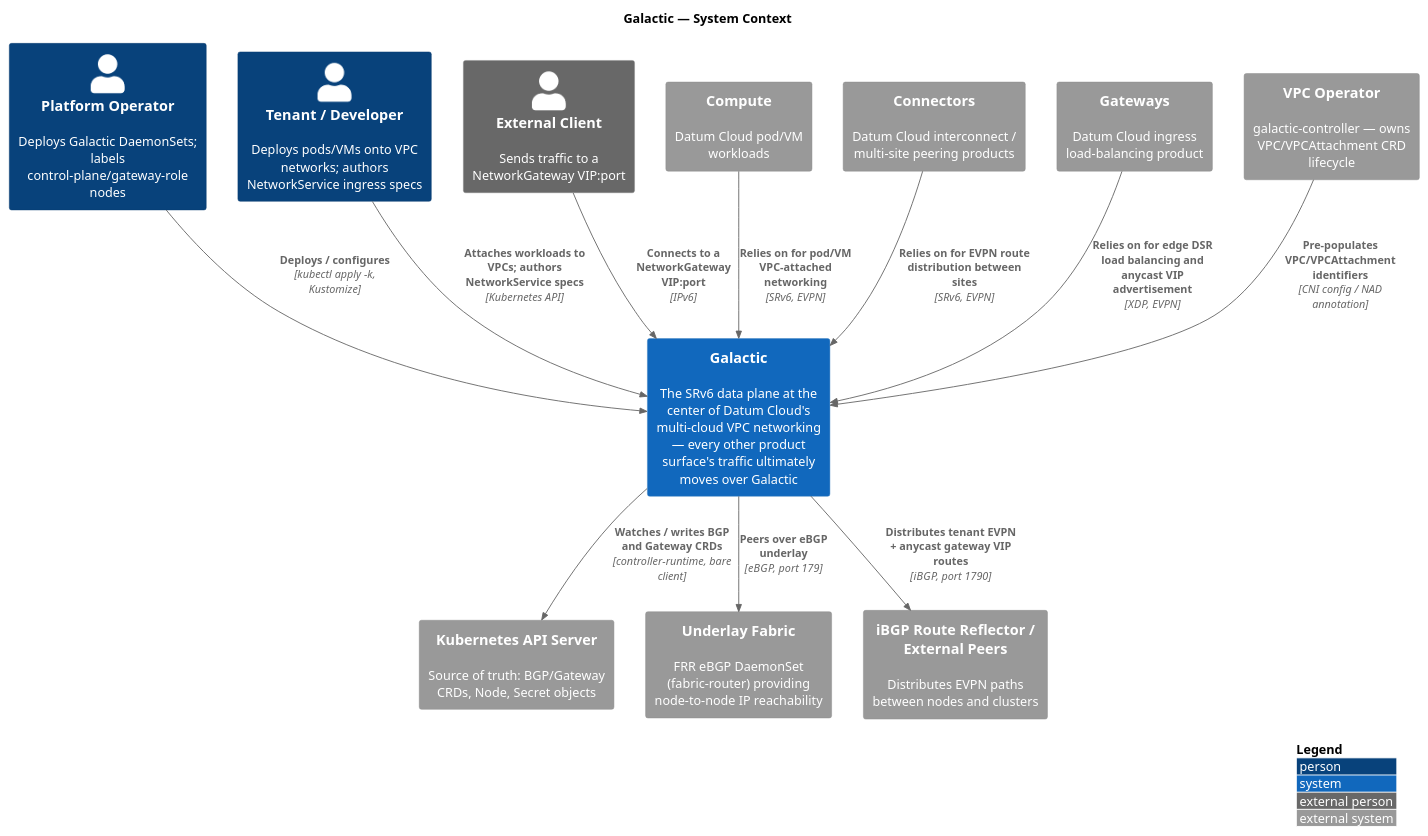
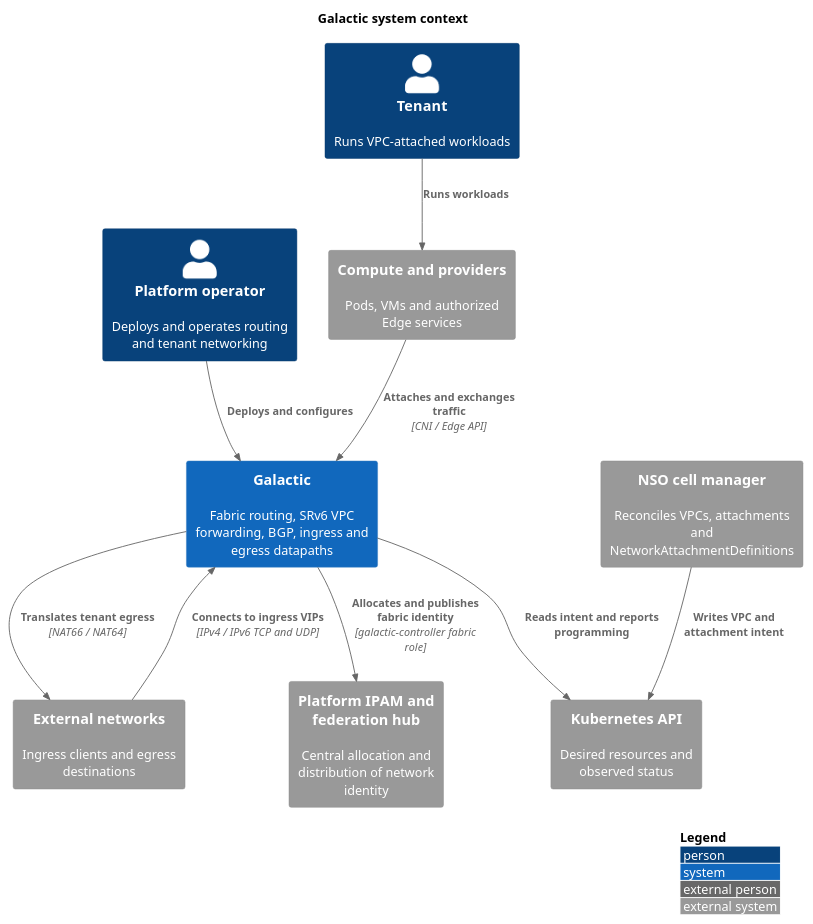
The diagram in docs/architecture/context.puml (datum-cloud/galactic), drawn with PlantUML before and after one commit. The commit also changed 28 other files, not shown here.

Commit message:
docs: Clarify component architecture and operating guides

```diff
--- a/docs/architecture/context.puml
+++ b/docs/architecture/context.puml
@@ -1,36 +1,21 @@
 @startuml context
-!include https://raw.githubusercontent.com/plantuml-stdlib/C4-PlantUML/master/C4_Context.puml
-
+!include <C4/C4_Context>
 LAYOUT_WITH_LEGEND()
-
-title Galactic — System Context
-
-Person(operator, "Platform Operator", "Deploys Galactic DaemonSets; labels control-plane/gateway-role nodes")
-Person(tenant, "Tenant / Developer", "Deploys pods/VMs onto VPC networks; authors NetworkService ingress specs")
-Person_Ext(client, "External Client", "Sends traffic to a NetworkGateway VIP:port")
-
-System(galactic, "Galactic", "The SRv6 data plane at the center of Datum Cloud's multi-cloud VPC networking — every other product surface's traffic ultimately moves over Galactic")
-
-System_Ext(compute, "Compute", "Datum Cloud pod/VM workloads")
-System_Ext(connectors, "Connectors", "Datum Cloud interconnect / multi-site peering products")
-System_Ext(gateways, "Gateways", "Datum Cloud ingress load-balancing product")
-
-System_Ext(k8s, "Kubernetes API Server", "Source of truth: BGP/Gateway CRDs, Node, Secret objects")
-System_Ext(vpcop, "VPC Operator", "galactic-controller — owns VPC/VPCAttachment CRD lifecycle")
-System_Ext(fabric, "Underlay Fabric", "FRR eBGP DaemonSet (fabric-router) providing node-to-node IP reachability")
-System_Ext(rr, "iBGP Route Reflector / External Peers", "Distributes EVPN paths between nodes and clusters")
-
-Rel(operator, galactic, "Deploys / configures", "kubectl apply -k, Kustomize")
-Rel(tenant, galactic, "Attaches workloads to VPCs; authors NetworkService specs", "Kubernetes API")
-Rel(client, galactic, "Connects to a NetworkGateway VIP:port", "IPv6")
-
-Rel(compute, galactic, "Relies on for pod/VM VPC-attached networking", "SRv6, EVPN")
-Rel(connectors, galactic, "Relies on for EVPN route distribution between sites", "SRv6, EVPN")
-Rel(gateways, galactic, "Relies on for edge DSR load balancing and anycast VIP advertisement", "XDP, EVPN")
-
-Rel(galactic, k8s, "Watches / writes BGP and Gateway CRDs", "controller-runtime, bare client")
-Rel(vpcop, galactic, "Pre-populates VPC/VPCAttachment identifiers", "CNI config / NAD annotation")
-Rel(galactic, fabric, "Peers over eBGP underlay", "eBGP, port 179")
-Rel(galactic, rr, "Distributes tenant EVPN + anycast gateway VIP routes", "iBGP, port 1790")
-
+title Galactic system context
+Person(operator, "Platform operator", "Deploys and operates routing and tenant networking")
+Person(tenant, "Tenant", "Runs VPC-attached workloads")
+System_Ext(nso, "NSO cell manager", "Reconciles VPCs, attachments and NetworkAttachmentDefinitions")
+System_Ext(ipam, "Platform IPAM and federation hub", "Central allocation and distribution of network identity")
+System_Ext(k8s, "Kubernetes API", "Desired resources and observed status")
+System_Ext(workloads, "Compute and providers", "Pods, VMs and authorized Edge services")
+System_Ext(internet, "External networks", "Ingress clients and egress destinations")
+System(galactic, "Galactic", "Fabric routing, SRv6 VPC forwarding, BGP, ingress and egress datapaths")
+Rel(operator, galactic, "Deploys and configures")
+Rel(tenant, workloads, "Runs workloads")
+Rel(nso, k8s, "Writes VPC and attachment intent")
+Rel(galactic, k8s, "Reads intent and reports programming")
+Rel(galactic, ipam, "Allocates and publishes fabric identity", "galactic-controller fabric role")
+Rel(workloads, galactic, "Attaches and exchanges traffic", "CNI / Edge API")
+Rel(internet, galactic, "Connects to ingress VIPs", "IPv4 / IPv6 TCP and UDP")
+Rel(galactic, internet, "Translates tenant egress", "NAT66 / NAT64")
 @enduml
```
